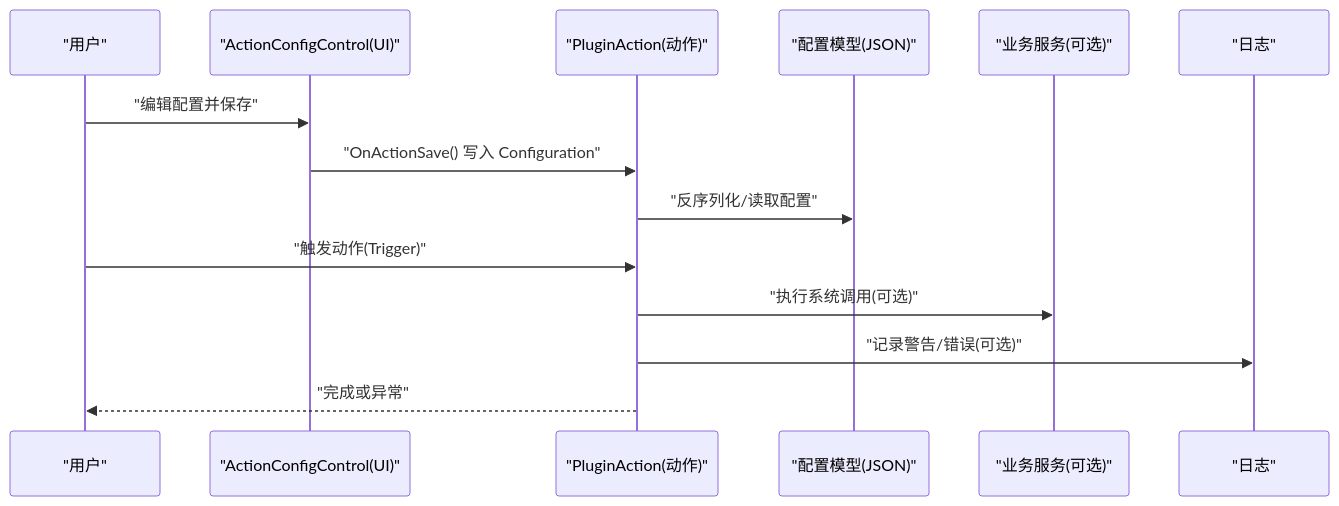
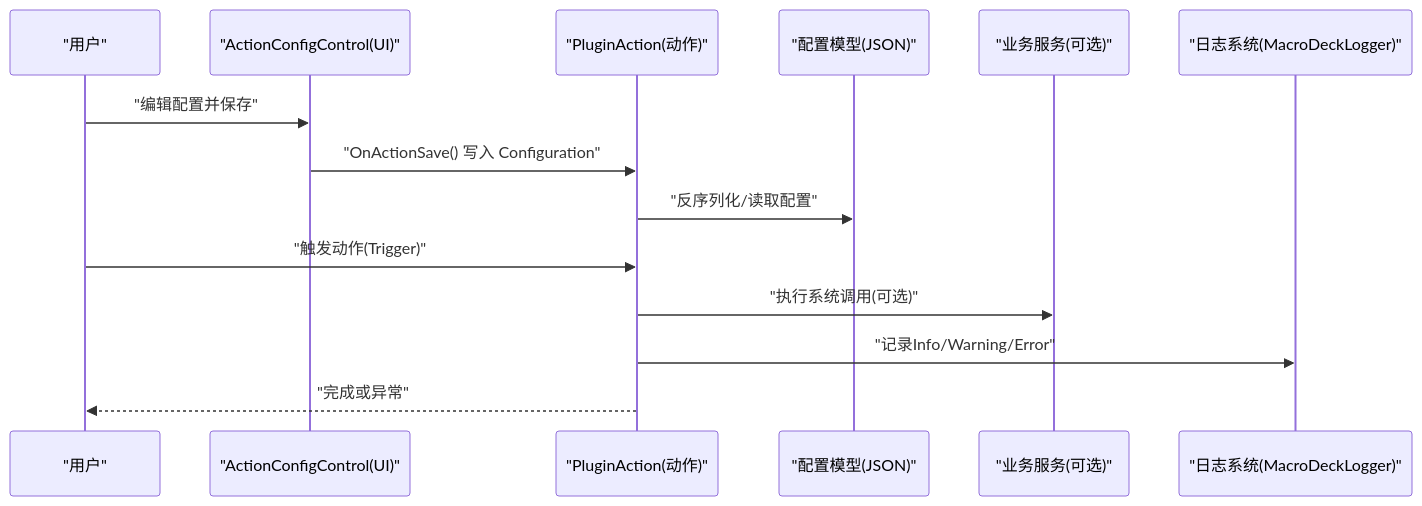
Before and after one commit to tea4go/Macro-Deck-Windows-Utils-Plugin: the second of 8 diagrams in .qoder/repowiki/zh/content/开发者指南/动作类开发/动作类开发.md, drawn with Mermaid. The commit also changed other lines of this file and 16 other files, not shown here.

````diff
--- a/.qoder/repowiki/zh/content/开发者指南/动作类开发/动作类开发.md
+++ b/.qoder/repowiki/zh/content/开发者指南/动作类开发/动作类开发.md
@@ -149,16 +183,16 @@
 ```mermaid
 sequenceDiagram
 participant User as "用户"
 participant UI as "ActionConfigControl(UI)"
 participant Action as "PluginAction(动作)"
 participant Model as "配置模型(JSON)"
 participant Service as "业务服务(可选)"
-participant Logger as "日志"
+participant Logger as "日志系统(MacroDeckLogger)"
 User->>UI : "编辑配置并保存"
 UI->>Action : "OnActionSave() 写入 Configuration"
 Action->>Model : "反序列化/读取配置"
 User->>Action : "触发动作(Trigger)"
 Action->>Service : "执行系统调用(可选)"
-Action->>Logger : "记录警告/错误(可选)"
+Action->>Logger : "记录Info/Warning/Error"
 Action-->>User : "完成或异常"
 ```
````
